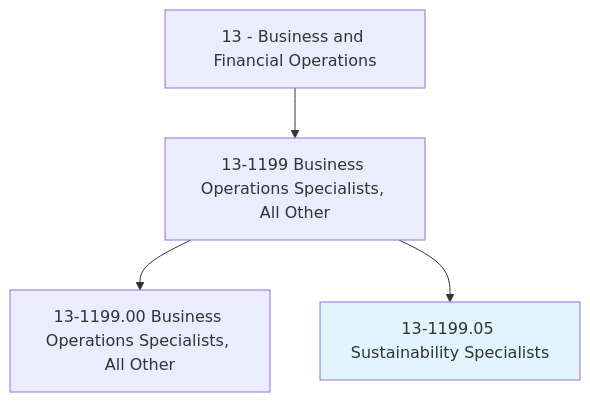
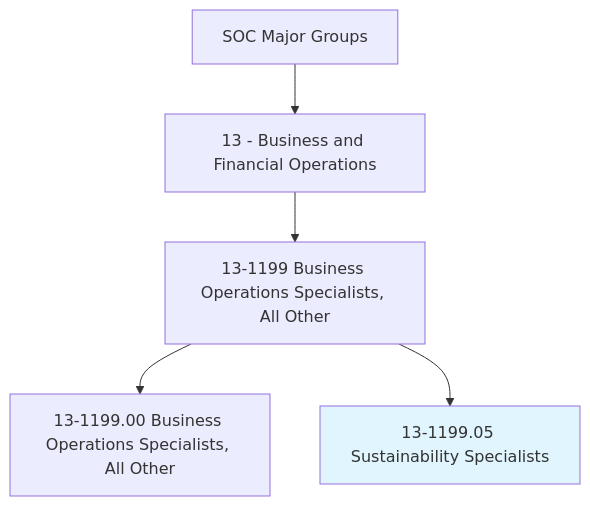
Before and after one commit to kziemski/business.org.ai: the first of 4 diagrams in occupations/Business/SustainabilitySpecialists.mdx, drawn with Mermaid. The commit also changed other lines of this file and 938 other files, not shown here.

````diff
--- a/occupations/Business/SustainabilitySpecialists.mdx
+++ b/occupations/Business/SustainabilitySpecialists.mdx
@@ -19,7 +25,8 @@
 ```mermaid
 graph TD
-    Cat13["13 - Business and Financial Operations"] --> Group131199["13-1199 Business Operations Specialists, All Other"]
-    Group131199 --> Base["13-1199.00 Business Operations Specialists, All Other"]
-    Group131199 --> Current["13-1199.05 Sustainability Specialists"]
+    SOC["SOC Major Groups"] --> Cat13["13 - Business and Financial Operations"]
+    Cat13 --> G131199["13-1199 Business Operations Specialists, All Other"]
+    G131199 --> Base["13-1199.00 Business Operations Specialists, All Other"]
+    G131199 --> Current["13-1199.05 Sustainability Specialists"]
     style Current fill:#e1f5fe
 ```
````
